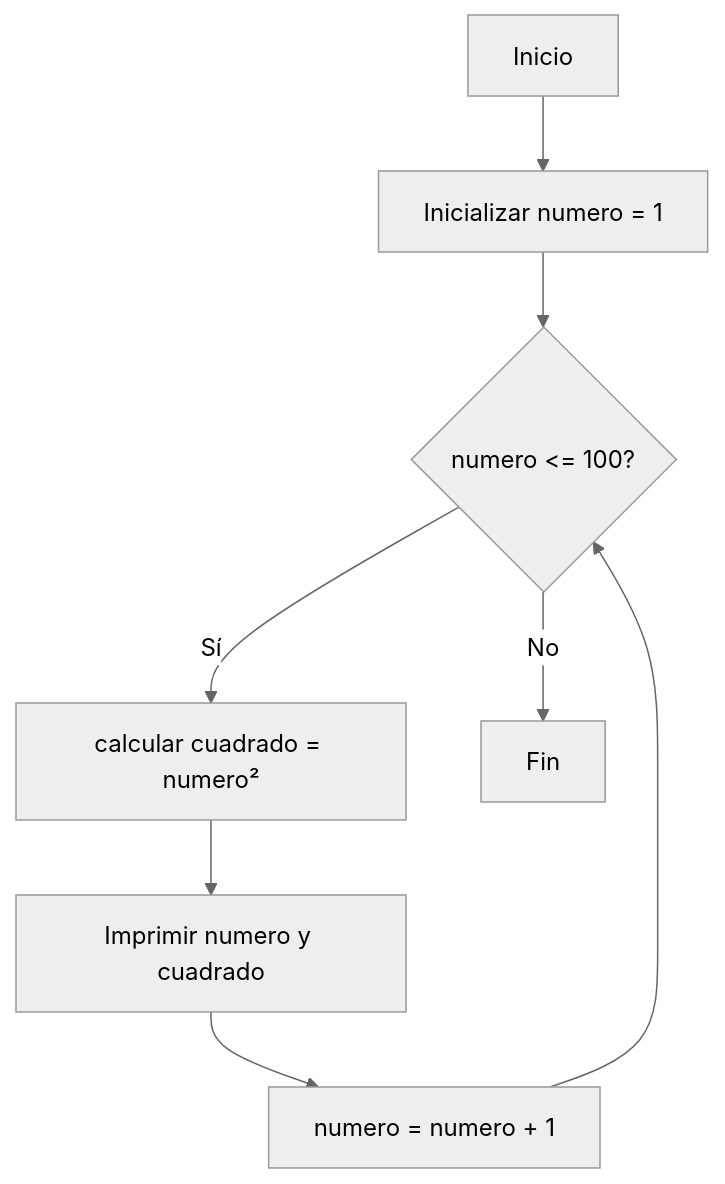
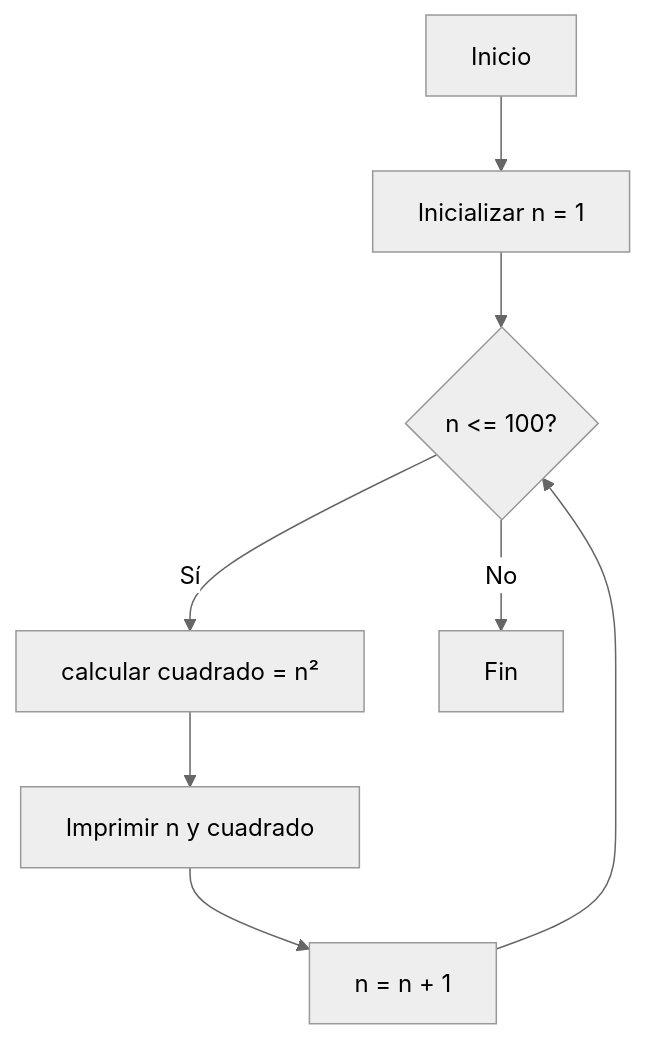
The first of 3 diagrams in README.md (dsgelvez/Reto_06), drawn with Mermaid (neutral theme) before and after one commit. The commit also changed other lines of this file, not shown here.

````diff
--- a/README.md
+++ b/README.md
@@ -14,10 +14,10 @@
 ```mermaid
 flowchart TD
-    A[Inicio] --> B[Inicializar numero = 1]
-    B --> C{"numero <= 100?"}
-    C -->|Sí| D[calcular cuadrado = numero²]
-    D --> E[Imprimir numero y cuadrado]
-    E --> F[numero = numero + 1]
+    A[Inicio] --> B[Inicializar n = 1]
+    B --> C{"n <= 100?"}
+    C -->|Sí| D[calcular cuadrado = n²]
+    D --> E[Imprimir n y cuadrado]
+    E --> F[n = n + 1]
     F --> C
     C -->|No| G[Fin]
 ```
````
